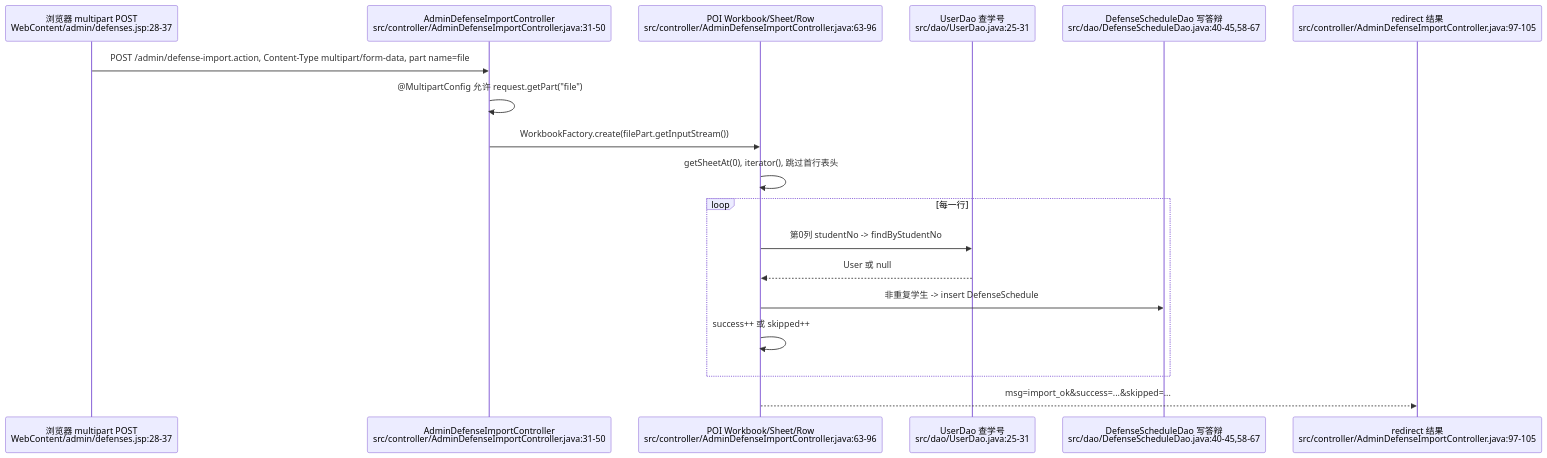
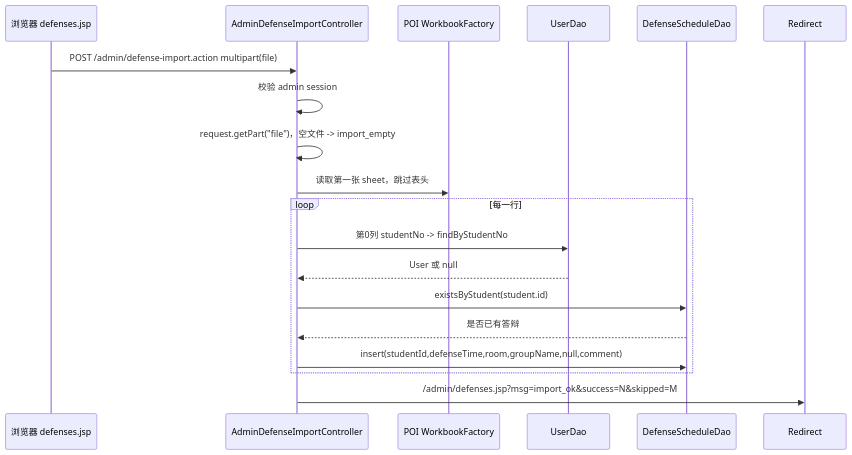
One commit to guangxiangdebizi/graduation-design-management-system changed the sixth of 10 diagrams in docs/网络数据流详解/parts/04-admin-flows.md. Above: the diagram before and after it, drawn with Mermaid. The commit also changed other lines of this file and 8 other files, not shown here.

First line of the commit message:
refactor project documentation and enhance network data flow details

````diff
--- a/docs/网络数据流详解/parts/04-admin-flows.md
+++ b/docs/网络数据流详解/parts/04-admin-flows.md
@@ -269,21 +252,22 @@
 ```mermaid
 sequenceDiagram
-  participant B as 浏览器 multipart POST<br/>WebContent/admin/defenses.jsp:28-37
-  participant C as AdminDefenseImportController<br/>src/controller/AdminDefenseImportController.java:31-50
-  participant P as POI Workbook/Sheet/Row<br/>src/controller/AdminDefenseImportController.java:63-96
-  participant U as UserDao 查学号<br/>src/dao/UserDao.java:25-31
-  participant D as DefenseScheduleDao 写答辩<br/>src/dao/DefenseScheduleDao.java:40-45,58-67
-  participant R as redirect 结果<br/>src/controller/AdminDefenseImportController.java:97-105
+  participant B as 浏览器 defenses.jsp
+  participant C as AdminDefenseImportController
+  participant P as POI WorkbookFactory
+  participant U as UserDao
+  participant D as DefenseScheduleDao
+  participant R as Redirect
 
-  B->>C: POST /admin/defense-import.action, Content-Type multipart/form-data, part name=file
-  C->>C: @MultipartConfig 允许 request.getPart("file")
-  C->>P: WorkbookFactory.create(filePart.getInputStream())
-  P->>P: getSheetAt(0), iterator(), 跳过首行表头
+  B->>C: POST /admin/defense-import.action multipart(file)
+  C->>C: 校验 admin session
+  C->>C: request.getPart("file")，空文件 -> import_empty
+  C->>P: 读取第一张 sheet，跳过表头
   loop 每一行
-    P->>U: 第0列 studentNo -> findByStudentNo
-    U-->>P: User 或 null
-    P->>D: 非重复学生 -> insert DefenseSchedule
-    P->>P: success++ 或 skipped++
+    C->>U: 第0列 studentNo -> findByStudentNo
+    U-->>C: User 或 null
+    C->>D: existsByStudent(student.id)
+    D-->>C: 是否已有答辩
+    C->>D: insert(studentId,defenseTime,room,groupName,null,comment)
   end
-  P-->>R: msg=import_ok&success=...&skipped=...
+  C->>R: /admin/defenses.jsp?msg=import_ok&success=N&skipped=M
 ```
````
